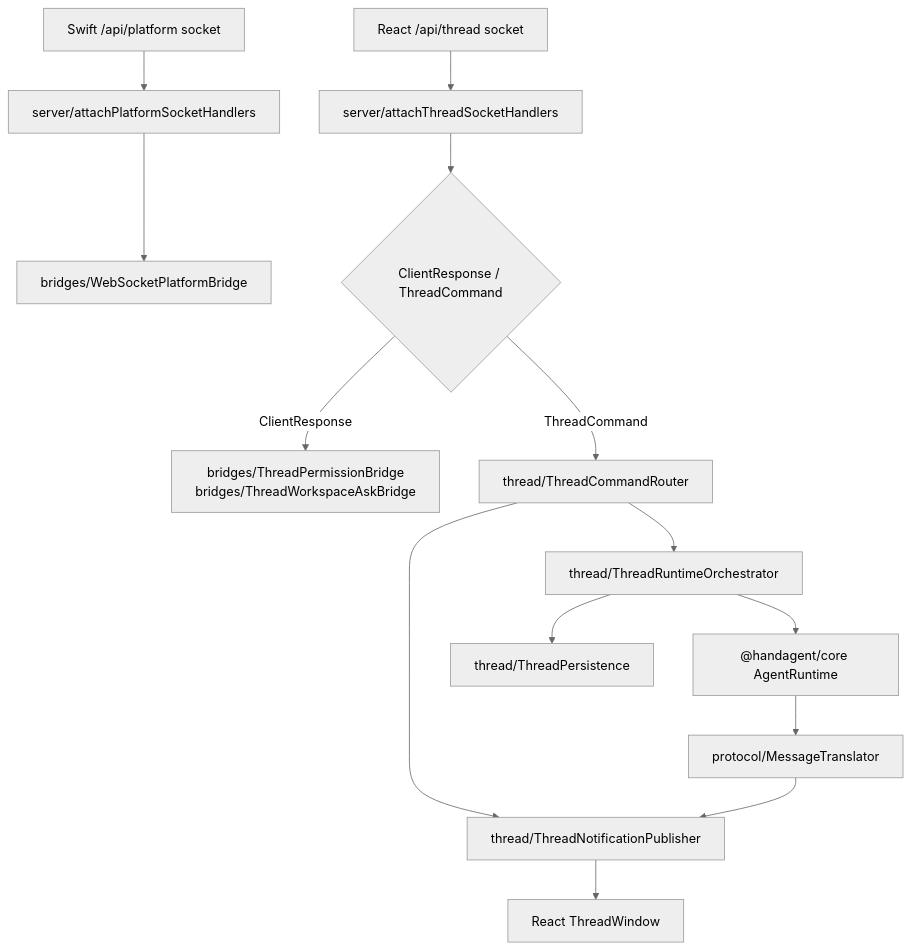
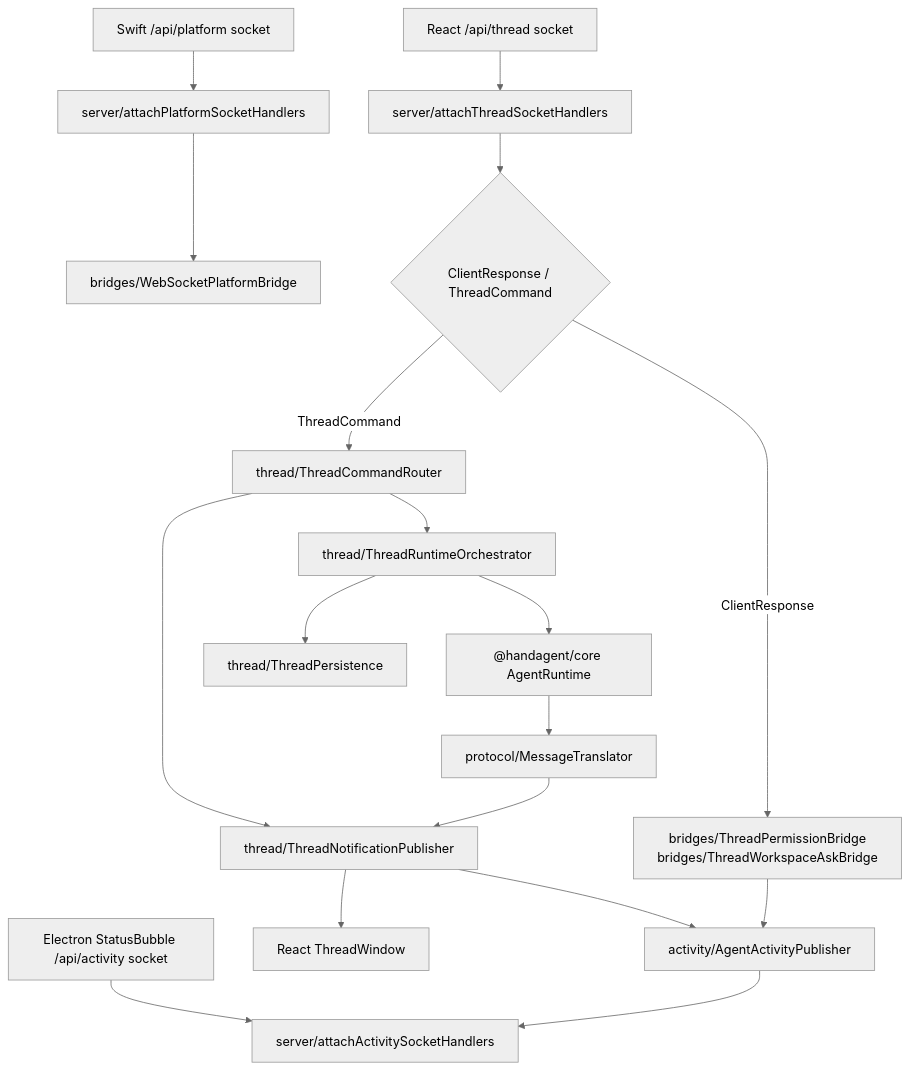
The diagram in apps/agent-server/agent-server.md (Lixuhang987/SpotAgent), drawn with Mermaid (neutral theme) before and after one commit. The commit also changed other lines of this file and 13 other files, not shown here.

Commit message:
docs: update electron activity status bubble phase

````diff
--- a/apps/agent-server/agent-server.md
+++ b/apps/agent-server/agent-server.md
@@ -43,16 +44,20 @@
 ```mermaid
 flowchart TD
   A["React /api/thread socket"] --> B["server/attachThreadSocketHandlers"]
+  ACT["Electron StatusBubble /api/activity socket"] --> AP["server/attachActivitySocketHandlers"]
   P["Swift /api/platform socket"] --> D["server/attachPlatformSocketHandlers"]
   D --> PB["bridges/WebSocketPlatformBridge"]
   B --> C{"ClientResponse / ThreadCommand"}
   C -- "ClientResponse" --> E["bridges/ThreadPermissionBridge<br/>bridges/ThreadWorkspaceAskBridge"]
   C -- "ThreadCommand" --> F["thread/ThreadCommandRouter"]
   F --> G["thread/ThreadRuntimeOrchestrator"]
   F --> H["thread/ThreadNotificationPublisher"]
   G --> I["@handagent/core AgentRuntime"]
   I --> J["protocol/MessageTranslator"]
   J --> H
   H --> K["React ThreadWindow"]
+  H --> APub["activity/AgentActivityPublisher"]
+  E --> APub
+  APub --> AP
   G --> L["thread/ThreadPersistence"]
 ```
````
